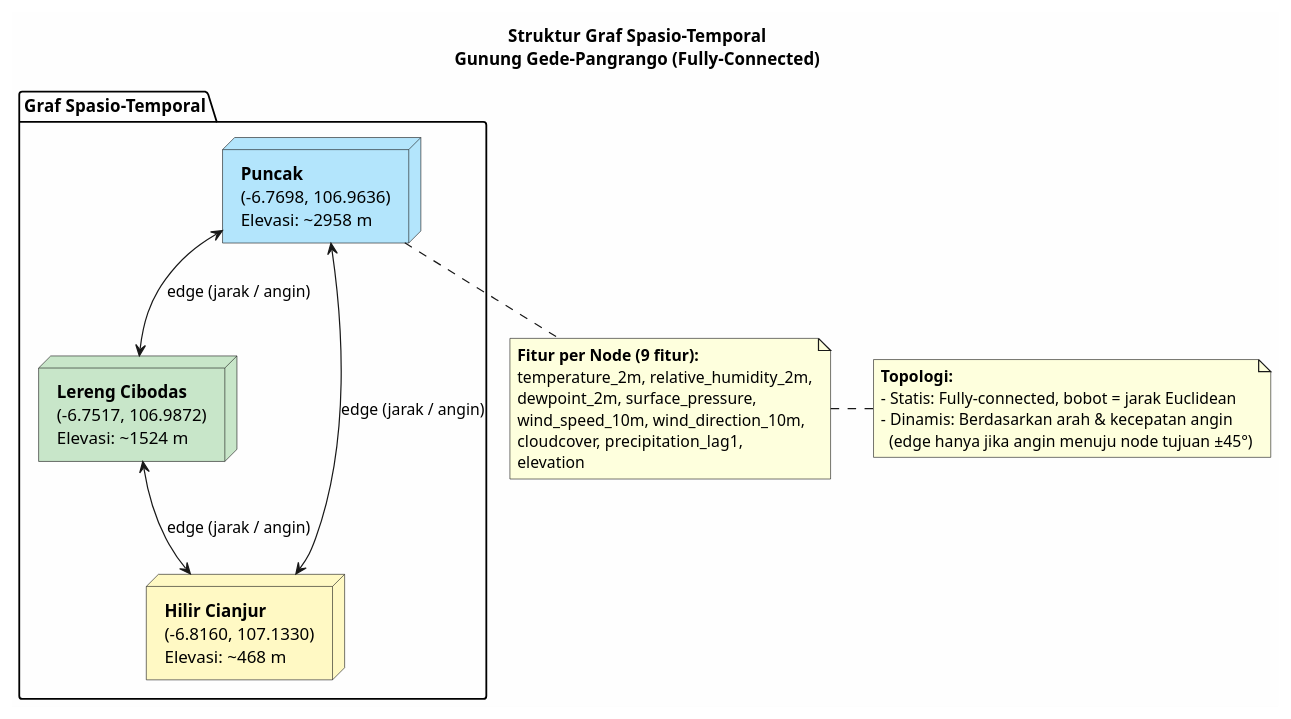
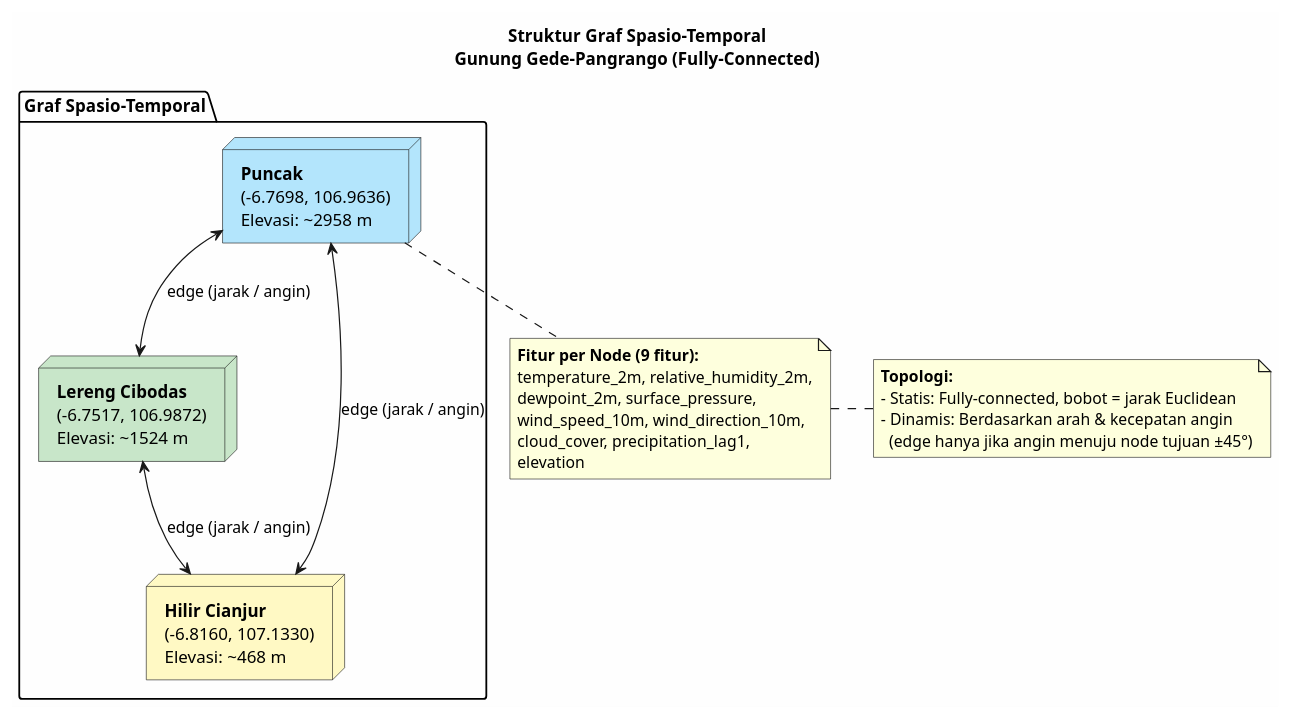
The third of 8 diagrams in docs/diagrams_and_tables.md (Vanszs/Skripsi_Badai), drawn with PlantUML before and after one commit. The commit also changed other lines of this file and 10 other files, not shown here.

````diff
--- a/docs/diagrams_and_tables.md
+++ b/docs/diagrams_and_tables.md
@@ -134,38 +134,38 @@
 ```plantuml
 @startuml
 skinparam backgroundColor #FEFEFE
 skinparam shadowing false
 skinparam defaultFontName Arial
 skinparam componentStyle rectangle
 
 title Struktur Graf Spasio-Temporal\nGunung Gede-Pangrango (Fully-Connected)
 
 package "Graf Spasio-Temporal" {
 
   node "**Puncak**\n(-6.7698, 106.9636)\nElevasi: ~2958 m" as N1 #B3E5FC
   node "**Lereng Cibodas**\n(-6.7517, 106.9872)\nElevasi: ~1524 m" as N2 #C8E6C9
   node "**Hilir Cianjur**\n(-6.8160, 107.1330)\nElevasi: ~468 m" as N3 #FFF9C4
 
   N1 <--> N2 : edge (jarak / angin)
   N2 <--> N3 : edge (jarak / angin)
   N1 <--> N3 : edge (jarak / angin)
 }
 
 note bottom of N1
   **Fitur per Node (9 fitur):**
   temperature_2m, relative_humidity_2m,
   dewpoint_2m, surface_pressure,
   wind_speed_10m, wind_direction_10m,
-  cloudcover, precipitation_lag1,
+  cloud_cover, precipitation_lag1,
   elevation
 end note
 
 note right
   **Topologi:**
   - Statis: Fully-connected, bobot = jarak Euclidean
   - Dinamis: Berdasarkan arah & kecepatan angin
     (edge hanya jika angin menuju node tujuan ±45°)
 end note
 
 @enduml
 ```
````
